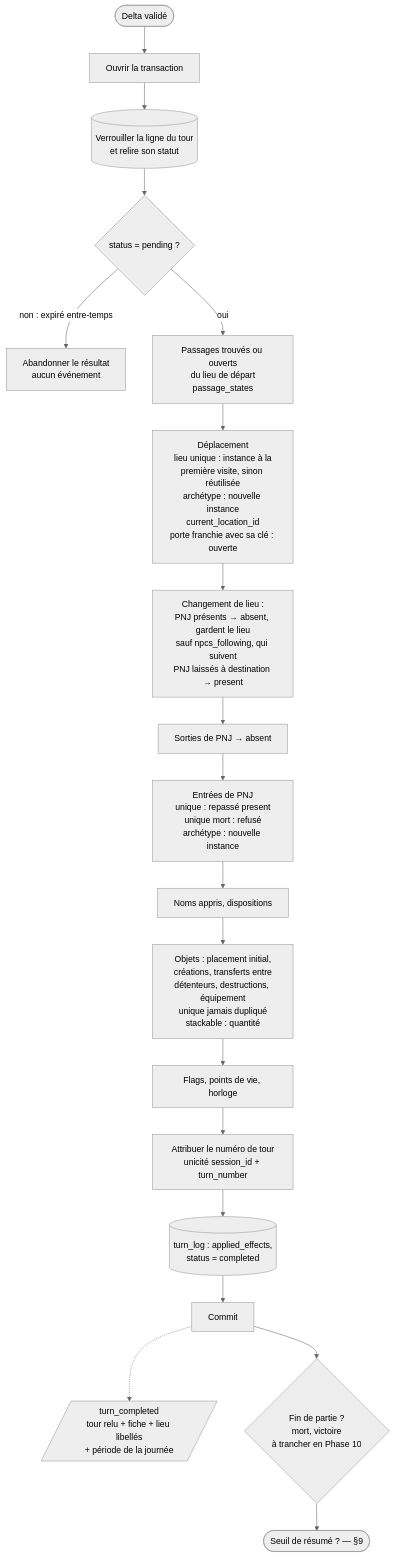
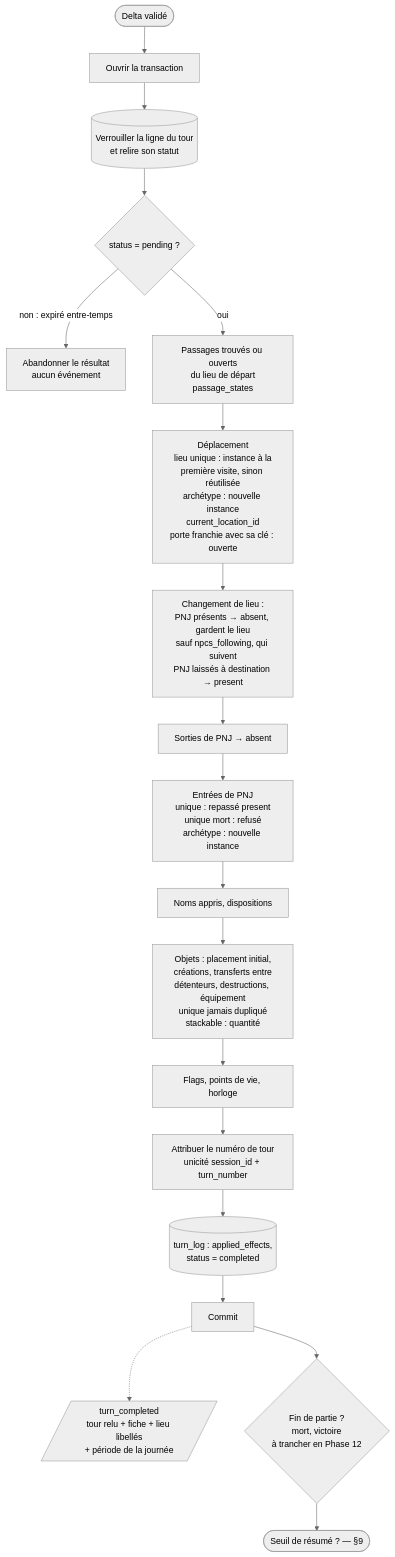
Before and after one commit to cyrilpointet/wanderlore: the tenth of 14 diagrams in doc/flux-backend-tour-de-jeu-mj-virtuel.md, drawn with Mermaid (neutral theme). The commit also changed other lines of this file and 23 other files, not shown here.

````diff
--- a/doc/flux-backend-tour-de-jeu-mj-virtuel.md
+++ b/doc/flux-backend-tour-de-jeu-mj-virtuel.md
@@ -313,21 +313,21 @@
 ```mermaid
 flowchart TD
     A([Delta validé]) --> B[Ouvrir la transaction]
     B --> C[(Verrouiller la ligne du tour<br/>et relire son statut)]
     C --> D{status = pending ?}
     D -->|non : expiré entre-temps| D1[Abandonner le résultat<br/>aucun événement]
     D -->|oui| PA[Passages trouvés ou ouverts<br/>du lieu de départ<br/>passage_states]
     PA --> M[Déplacement<br/>lieu unique : instance à la<br/>première visite, sinon réutilisée<br/>archétype : nouvelle instance<br/>current_location_id<br/>porte franchie avec sa clé : ouverte]
     M --> N[Changement de lieu :<br/>PNJ présents → absent, gardent le lieu<br/>sauf npcs_following, qui suivent<br/>PNJ laissés à destination → present]
     N --> O[Sorties de PNJ → absent]
     O --> P[Entrées de PNJ<br/>unique : repassé present<br/>unique mort : refusé<br/>archétype : nouvelle instance]
     P --> Q[Noms appris, dispositions]
     Q --> R[Objets : placement initial,<br/>créations, transferts entre<br/>détenteurs, destructions, équipement<br/>unique jamais dupliqué<br/>stackable : quantité]
     R --> S[Flags, points de vie, horloge]
     S --> T[Attribuer le numéro de tour<br/>unicité session_id + turn_number]
     T --> U[(turn_log : applied_effects,<br/>status = completed)]
     U --> V[Commit]
     V -.-> W[/turn_completed<br/>tour relu + fiche + lieu libellés<br/>+ période de la journée/]
-    V --> Z{Fin de partie ?<br/>mort, victoire<br/>à trancher en Phase 10}
+    V --> Z{Fin de partie ?<br/>mort, victoire<br/>à trancher en Phase 12}
     Z --> J([Seuil de résumé ? — §9])
 ```
````
